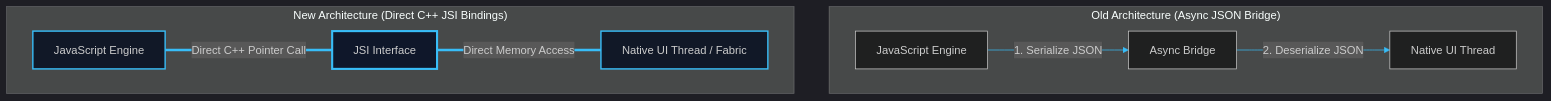
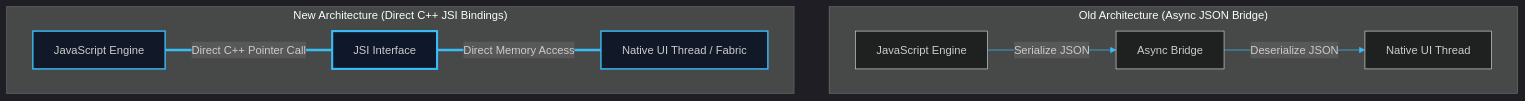
Before and after one commit to akmalkhaniub/akmalkhaniub.github.io: the diagram in blog/posts/react-native-new-architecture-jsi.md, drawn with Mermaid. The commit also changed 411 other files, not shown here.

````diff
--- a/blog/posts/react-native-new-architecture-jsi.md
+++ b/blog/posts/react-native-new-architecture-jsi.md
@@ -18,17 +18,17 @@
 ```mermaid
 %%{init: {'theme': 'dark', 'themeVariables': { 'primaryColor': '#38bdf8', 'primaryTextColor': '#f3f4f6', 'primaryBorderColor': '#0ea5e9', 'lineColor': '#38bdf8', 'secondaryColor': '#111827', 'tertiaryColor': '#0b0f19'}}}%%
 flowchart TD
     subgraph SG1_OldArchitectureAsync ["Old Architecture (Async JSON Bridge)"]
-        JS_Old[JavaScript Engine] -->|1. Serialize JSON| Bridge[Async Bridge]
-        Bridge -->|2. Deserialize JSON| Native_Old[Native UI Thread]
+        JS_Old[JavaScript Engine] -->|Serialize JSON| Bridge[Async Bridge]
+        Bridge -->|Deserialize JSON| Native_Old[Native UI Thread]
     end
 
     subgraph SG2_NewArchitectureDirect ["New Architecture (Direct C++ JSI Bindings)"]
         JS_New[JavaScript Engine] ===|Direct C++ Pointer Call| JSI[JSI Interface]
         JSI ===|Direct Memory Access| Native_New[Native UI Thread / Fabric]
     end
     
     style JS_New fill:#111827,stroke:#38bdf8,stroke-width:2px
     style Native_New fill:#111827,stroke:#38bdf8,stroke-width:2px
     style JSI fill:#0f172a,stroke:#38bdf8,stroke-width:3px
 ```
````
